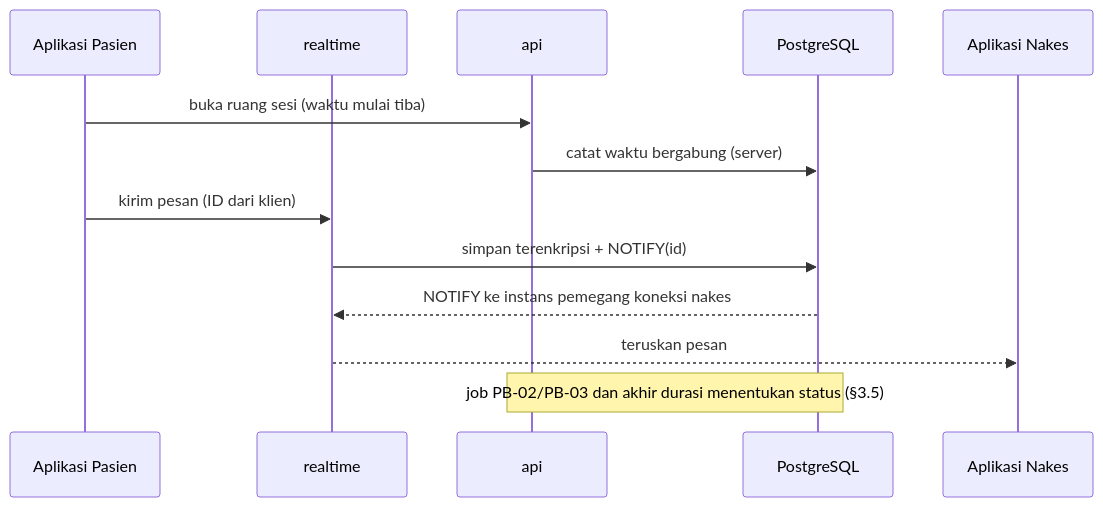
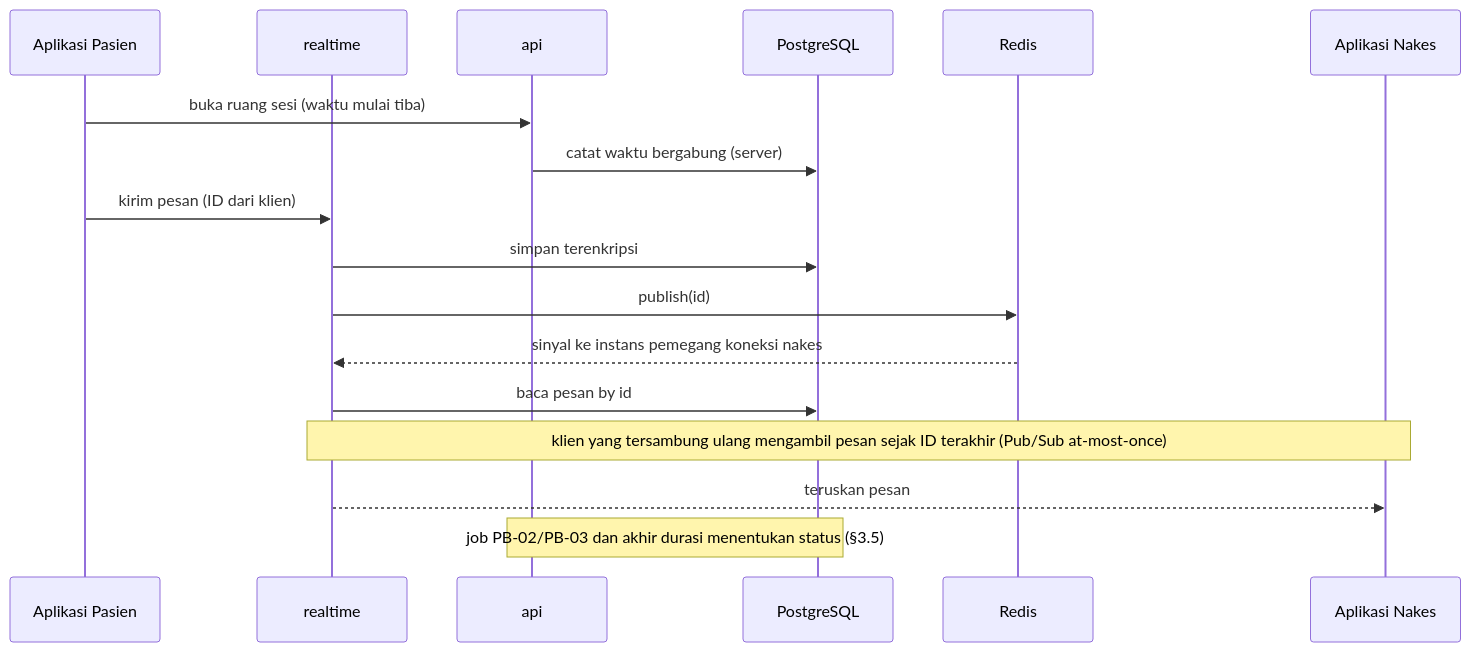
One commit to yuliandryfm/Rumah-Sehat changed the fourth of 7 diagrams in docs/04-arsitektur.md. Above: the diagram before and after it, drawn with Mermaid. The commit also changed other lines of this file and 12 other files, not shown here.

````diff
--- a/docs/04-arsitektur.md
+++ b/docs/04-arsitektur.md
@@ -181,15 +183,19 @@
 ```mermaid
 sequenceDiagram
   participant P as Aplikasi Pasien
   participant RT as realtime
   participant API as api
   participant DB as PostgreSQL
+  participant RD as Redis
   participant N as Aplikasi Nakes
   P->>API: buka ruang sesi (waktu mulai tiba)
   API->>DB: catat waktu bergabung (server)
   P->>RT: kirim pesan (ID dari klien)
-  RT->>DB: simpan terenkripsi + NOTIFY(id)
-  DB-->>RT: NOTIFY ke instans pemegang koneksi nakes
+  RT->>DB: simpan terenkripsi
+  RT->>RD: publish(id)
+  RD-->>RT: sinyal ke instans pemegang koneksi nakes
+  RT->>DB: baca pesan by id
+  Note over RT,N: klien yang tersambung ulang mengambil pesan sejak ID terakhir (Pub/Sub at-most-once)
   RT-->>N: teruskan pesan
   Note over API,DB: job PB-02/PB-03 dan akhir durasi menentukan status (§3.5)
 ```
````
